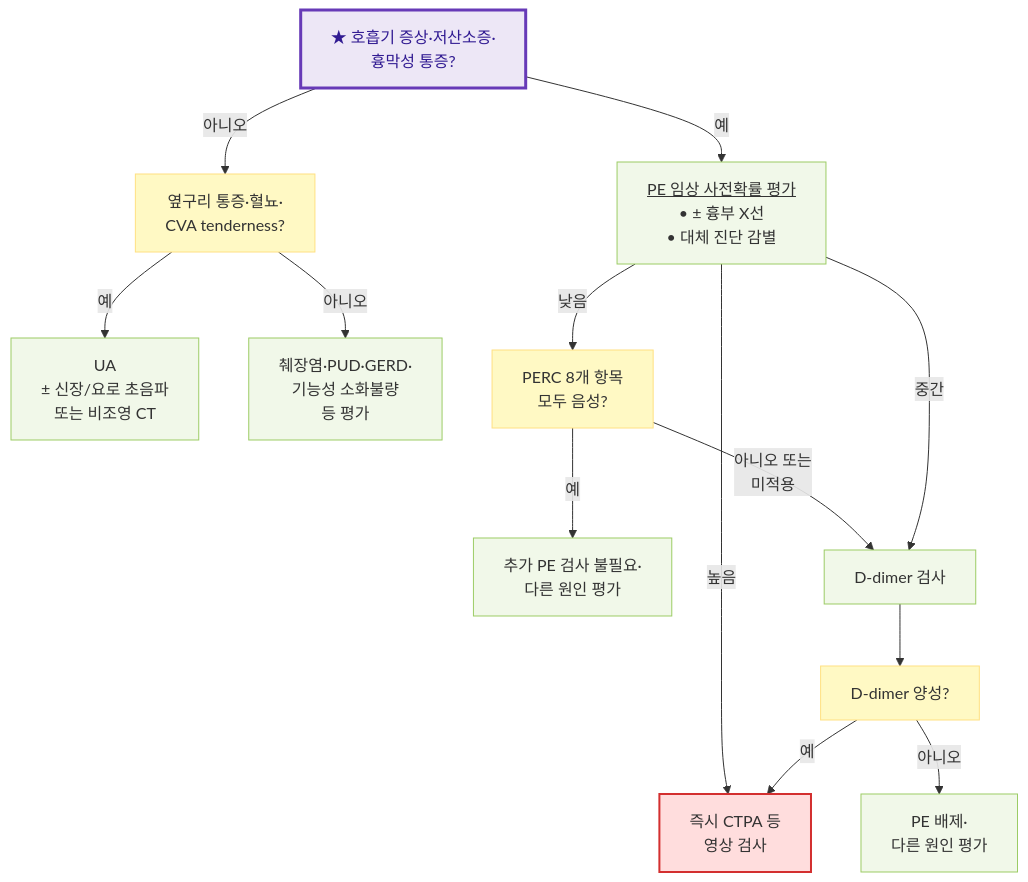
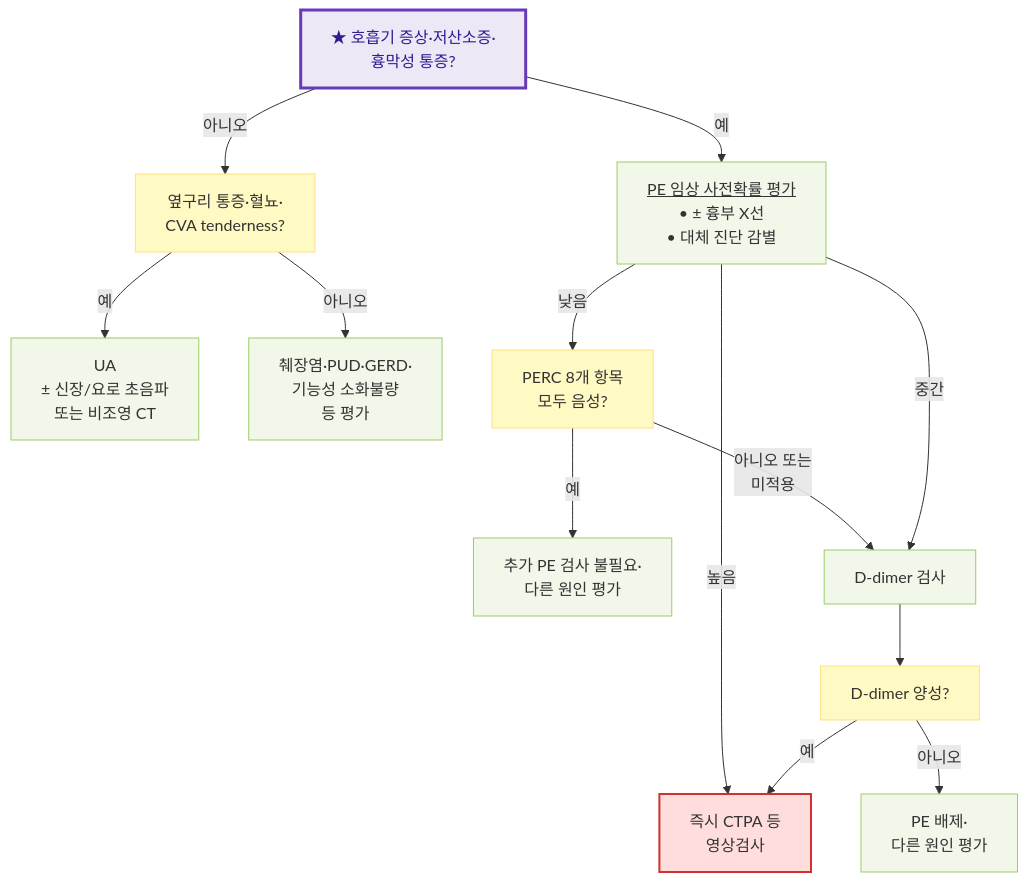
Before and after one commit to familyoh77/familyoh77: the second of 4 diagrams in 220_/003_-abdominal-pain.md, drawn with Mermaid. The commit also changed other lines of this file and 6 other files, not shown here.

````diff
--- a/220_/003_-abdominal-pain.md
+++ b/220_/003_-abdominal-pain.md
@@ -244,25 +244,25 @@
 ```mermaid
 flowchart TD
     I["★ 호흡기 증상·저산소증·<br/>흉막성 통증?"] -- "아니오" --> M["옆구리 통증·혈뇨·<br/>CVA tenderness?"]
     M -- "예" --> N["UA <br/>± 신장/요로 초음파 <br/>또는 비조영 CT"]
     M -- "아니오" --> Q["췌장염·PUD·GERD·<br/>기능성 소화불량 <br/>등 평가"]
     I -- "예" --> J["<u>PE 임상 사전확률 평가</u><br/>• ± 흉부 X선<br/>• 대체 진단 감별"]
     J -- "낮음" --> K["PERC 8개 항목 <br/>모두 음성?"]
     K -- "예" --> S["추가 PE 검사 불필요·<br/>다른 원인 평가"]
     K -- "아니오 또는 <br/>미적용" --> L["D-dimer 검사"]
     J -- "중간" --> L
-    J -- "높음" --> R["즉시 CTPA 등 <br/>영상 검사"]
+    J -- "높음" --> R["즉시 CTPA 등 <br/>영상검사"]
     L --> T["D-dimer 양성?"]
     T -- "예" --> R
     T -- "아니오" --> U["PE 배제·<br/>다른 원인 평가"]
     classDef start fill:#eeeeee,stroke:#888888,stroke-width:2px
     classDef question fill:#fff9c4,stroke:#ffe082
     classDef emergency fill:#ffdddd,stroke:#d32f2f,stroke-width:2px
     classDef evaluation fill:#f1f8e9,stroke:#9ccc65
     classDef treatment fill:#e3f2fd,stroke:#64b5f6
     classDef connector fill:#ede7f6,stroke:#673ab7,stroke-width:3px,color:#311b92
     class K,T,M question
     class R emergency
     class J,L,S,U,N,Q evaluation
     class I connector
 ```
````
